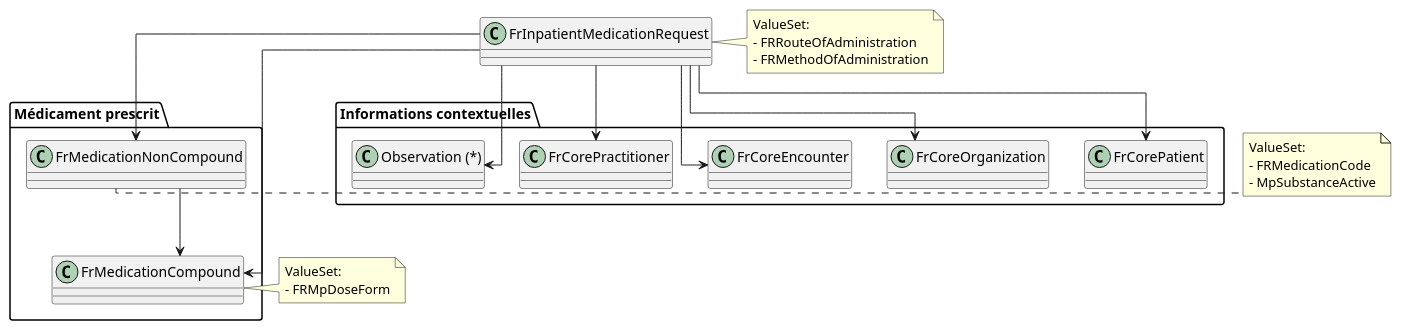
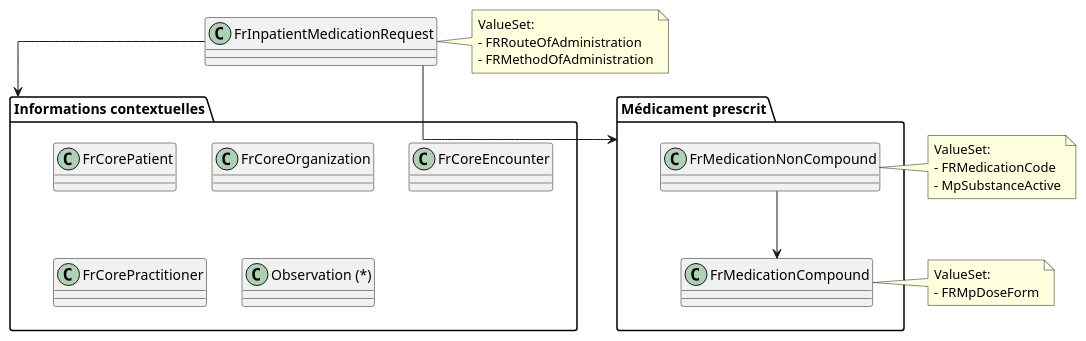
One commit to Interop-Sante/hl7.fhir.fr.medication changed the diagram in input/images-source/prescription.plantuml. Above: the diagram before and after it, drawn with PlantUML.

Commit message:
update plantuml

```diff
--- a/input/images-source/prescription.plantuml
+++ b/input/images-source/prescription.plantuml
@@ -1,56 +1,51 @@
 @startuml
 
 skinparam linetype ortho
 skinparam rectangle {
   BackgroundColor White
   BorderColor Black
 }
 
 ' Contexte
 package "Informations contextuelles" {
   class FrCorePatient [[https://hl7.fr/ig/fhir/core/StructureDefinition/fr-core-patient]]
   class FrCoreOrganization [[https://hl7.fr/ig/fhir/core/StructureDefinition/fr-core-organization]]
   class FrCoreEncounter [[https://hl7.fr/ig/fhir/core/StructureDefinition/fr-core-encounter]]
   class FrCorePractitioner [[https://hl7.fr/ig/fhir/core/StructureDefinition/fr-core-practitioner]]
   class "Observation (*)" as Observation
 }
 
 package "Médicament prescrit" {
   class FrMedicationNonCompound [[./StructureDefinition-fr-medication-noncompound.html]]
   class FrMedicationCompound [[./StructureDefinition-fr-medication-compound.html]]
 }
 
 class "FrInpatientMedicationRequest" [[./StructureDefinition-fr-inpatient-medicationrequest.html]]
 
 
 ' Notes pour les ValueSets
 note right of FrInpatientMedicationRequest
   ValueSet:
   - FRRouteOfAdministration
   - FRMethodOfAdministration
 end note
 
 note right of FrMedicationNonCompound
   ValueSet:
   - FRMedicationCode
   - MpSubstanceActive
 end note
 
 note right of FrMedicationCompound
   ValueSet:
   - FRMpDoseForm
 end note
 
 ' Relations principales
-FrInpatientMedicationRequest --> FrCorePatient
-FrInpatientMedicationRequest --> FrCoreOrganization
-FrInpatientMedicationRequest --> FrCoreEncounter
-FrInpatientMedicationRequest --> FrCorePractitioner
-FrInpatientMedicationRequest --> Observation
+FrInpatientMedicationRequest --> "Informations contextuelles"
 
-FrInpatientMedicationRequest --> FrMedicationNonCompound
-FrInpatientMedicationRequest --> FrMedicationCompound
+FrInpatientMedicationRequest --> "Médicament prescrit"
 
 FrMedicationNonCompound --> FrMedicationCompound
 
 @enduml
```
